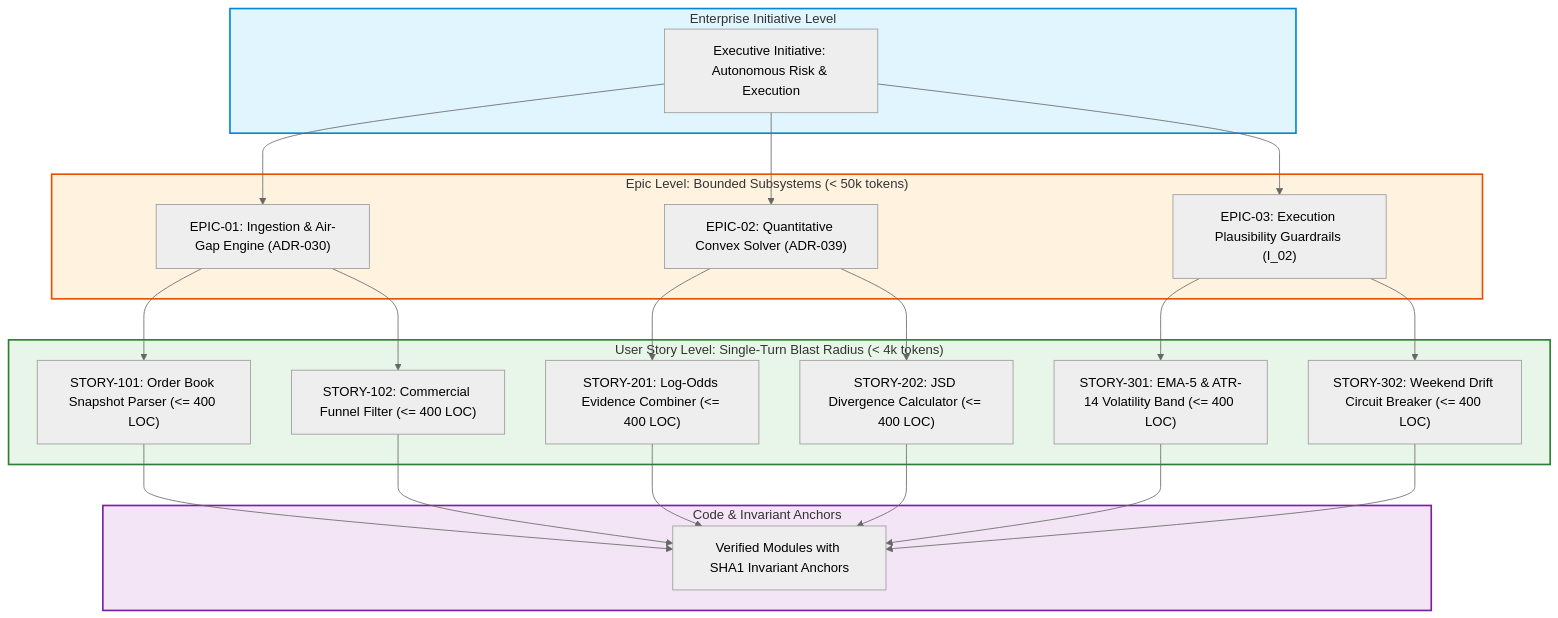
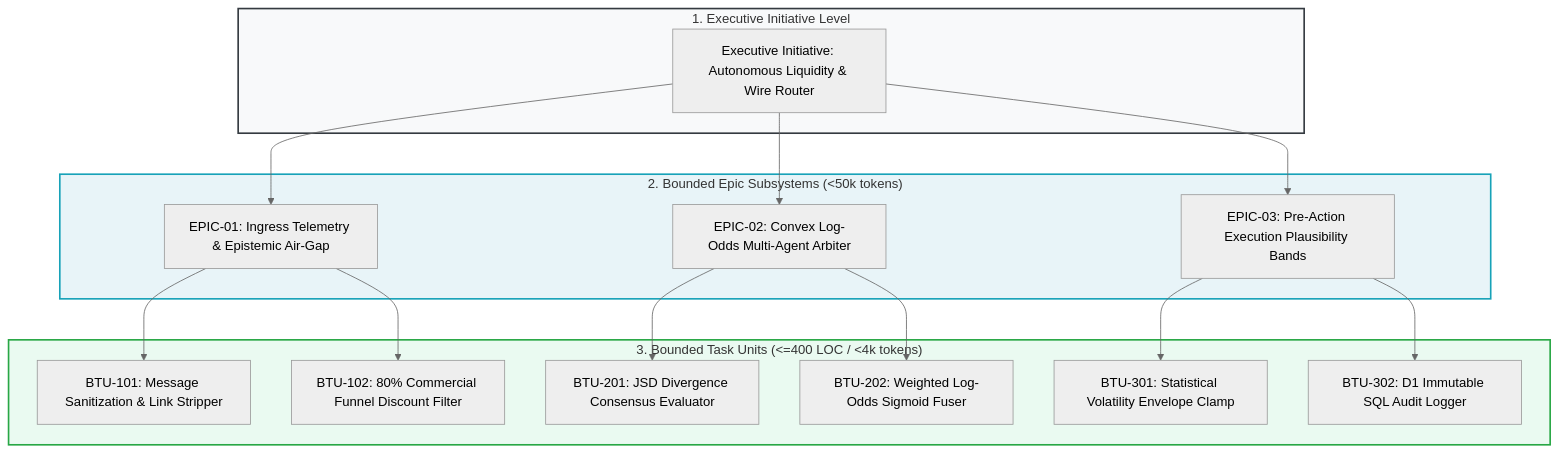
The diagram in 02_requirements_and_design/03_decomposition.md (bdchang403/AI_Software_Foundations), drawn with Mermaid (neutral theme) before and after one commit. The commit also changed other lines of this file and 24 other files, not shown here.

````diff
--- a/02_requirements_and_design/03_decomposition.md
+++ b/02_requirements_and_design/03_decomposition.md
@@ -40,32 +82,27 @@
 ```mermaid
 flowchart TD
-    subgraph EnterpriseInitiative ["Enterprise Initiative Level"]
-        INIT["Executive Initiative: Autonomous Risk & Execution"]
+    subgraph EnterpriseInitiative ["1. Executive Initiative Level"]
+        INIT["Executive Initiative: Autonomous Liquidity & Wire Router"]
     end
 
-    subgraph EpicSandboxes ["Epic Level: Bounded Subsystems (< 50k tokens)"]
-        INIT --> EPIC1["EPIC-01: Ingestion & Air-Gap Engine (ADR-030)"]
-        INIT --> EPIC2["EPIC-02: Quantitative Convex Solver (ADR-039)"]
-        INIT --> EPIC3["EPIC-03: Execution Plausibility Guardrails (I_02)"]
+    subgraph EpicSandboxes ["2. Bounded Epic Subsystems (<50k tokens)"]
+        INIT --> EPIC1["EPIC-01: Ingress Telemetry & Epistemic Air-Gap"]
+        INIT --> EPIC2["EPIC-02: Convex Log-Odds Multi-Agent Arbiter"]
+        INIT --> EPIC3["EPIC-03: Pre-Action Execution Plausibility Bands"]
     end
 
-    subgraph AtomicStories ["User Story Level: Single-Turn Blast Radius (< 4k tokens)"]
-        EPIC1 --> STORY1["STORY-101: Order Book Snapshot Parser (<= 400 LOC)"]
-        EPIC1 --> STORY1B["STORY-102: Commercial Funnel Filter (<= 400 LOC)"]
+    subgraph AtomicStories ["3. Bounded Task Units (<=400 LOC / <4k tokens)"]
+        EPIC1 --> STORY1["BTU-101: Message Sanitization & Link Stripper"]
+        EPIC1 --> STORY2["BTU-102: 80% Commercial Funnel Discount Filter"]
         
-        EPIC2 --> STORY2["STORY-201: Log-Odds Evidence Combiner (<= 400 LOC)"]
-        EPIC2 --> STORY2B["STORY-202: JSD Divergence Calculator (<= 400 LOC)"]
+        EPIC2 --> STORY3["BTU-201: JSD Divergence Consensus Evaluator"]
+        EPIC2 --> STORY4["BTU-202: Weighted Log-Odds Sigmoid Fuser"]
         
-        EPIC3 --> STORY3["STORY-301: EMA-5 & ATR-14 Volatility Band (<= 400 LOC)"]
-        EPIC3 --> STORY3B["STORY-302: Weekend Drift Circuit Breaker (<= 400 LOC)"]
+        EPIC3 --> STORY5["BTU-301: Statistical Volatility Envelope Clamp"]
+        EPIC3 --> STORY6["BTU-302: D1 Immutable SQL Audit Logger"]
     end
 
-    subgraph CodeVerification ["Code & Invariant Anchors"]
-        STORY1 & STORY1B & STORY2 & STORY2B & STORY3 & STORY3B --> CODE["Verified Modules with SHA1 Invariant Anchors"]
-    end
-
-    style EnterpriseInitiative fill:#e1f5fe,stroke:#0288d1,stroke-width:2px;
-    style EpicSandboxes fill:#fff3e0,stroke:#e65100,stroke-width:2px;
-    style AtomicStories fill:#e8f5e9,stroke:#2e7d32,stroke-width:2px;
-    style CodeVerification fill:#f3e5f5,stroke:#7b1fa2,stroke-width:2px;
+    style EnterpriseInitiative fill:#f8f9fa,stroke:#343a40,stroke-width:2px;
+    style EpicSandboxes fill:#e8f4f8,stroke:#17a2b8,stroke-width:2px;
+    style AtomicStories fill:#eafaf1,stroke:#28a745,stroke-width:2px;
 ```
````
